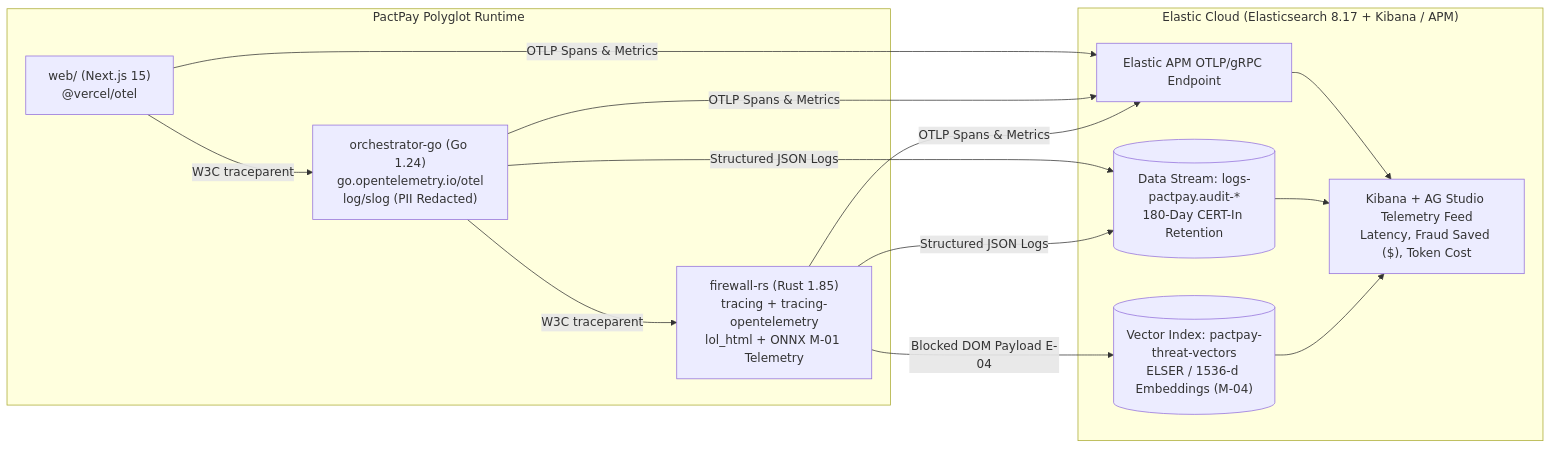
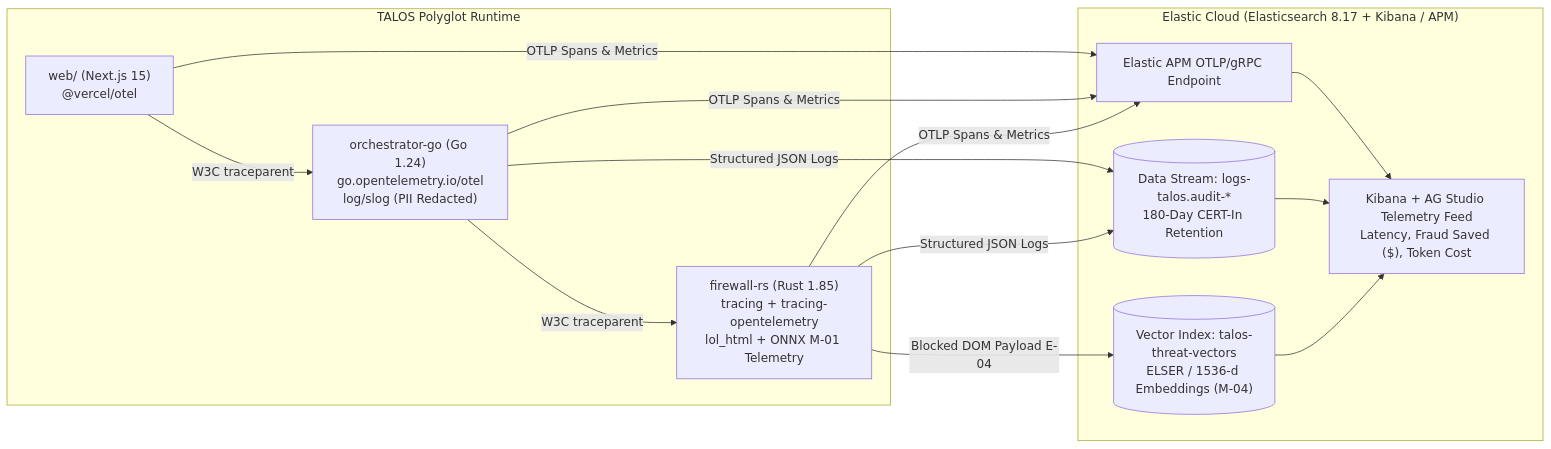
The diagram in docs/05-ops/OBSERVABILITY.md (sruj08/Talos), drawn with Mermaid before and after one commit. The commit also changed other lines of this file and 457 other files, not shown here.

Commit message:
feat: initialize polyglot project architecture with comprehensive documentation, Go orchestrator, and Rust firewall services

````diff
--- a/docs/05-ops/OBSERVABILITY.md
+++ b/docs/05-ops/OBSERVABILITY.md
@@ -13,22 +13,22 @@
 ```mermaid
 flowchart LR
-    subgraph AppTier["PactPay Polyglot Runtime"]
+    subgraph AppTier["TALOS Polyglot Runtime"]
         NextJS["web/ (Next.js 15)\n@vercel/otel"]
         GoSvc["orchestrator-go (Go 1.24)\ngo.opentelemetry.io/otel\nlog/slog (PII Redacted)"]
         RustSvc["firewall-rs (Rust 1.85)\ntracing + tracing-opentelemetry\nlol_html + ONNX M-01 Telemetry"]
     end
 
     subgraph ElasticStack["Elastic Cloud (Elasticsearch 8.17 + Kibana / APM)"]
         OTelIngest["Elastic APM OTLP/gRPC Endpoint"]
-        ESLogs[("Data Stream: logs-pactpay.audit-*\n180-Day CERT-In Retention")]
-        ESVectors[("Vector Index: pactpay-threat-vectors\nELSER / 1536-d Embeddings (M-04)")]
+        ESLogs[("Data Stream: logs-talos.audit-*\n180-Day CERT-In Retention")]
+        ESVectors[("Vector Index: talos-threat-vectors\nELSER / 1536-d Embeddings (M-04)")]
         KibanaDash["Kibana + AG Studio Telemetry Feed\nLatency, Fraud Saved ($), Token Cost"]
     end
 
     NextJS -->|W3C traceparent| GoSvc
     GoSvc -->|W3C traceparent| RustSvc
     NextJS & GoSvc & RustSvc -->|OTLP Spans & Metrics| OTelIngest
     GoSvc & RustSvc -->|Structured JSON Logs| ESLogs
     RustSvc -->|Blocked DOM Payload E-04| ESVectors
     OTelIngest & ESLogs & ESVectors --> KibanaDash
 ```
````
